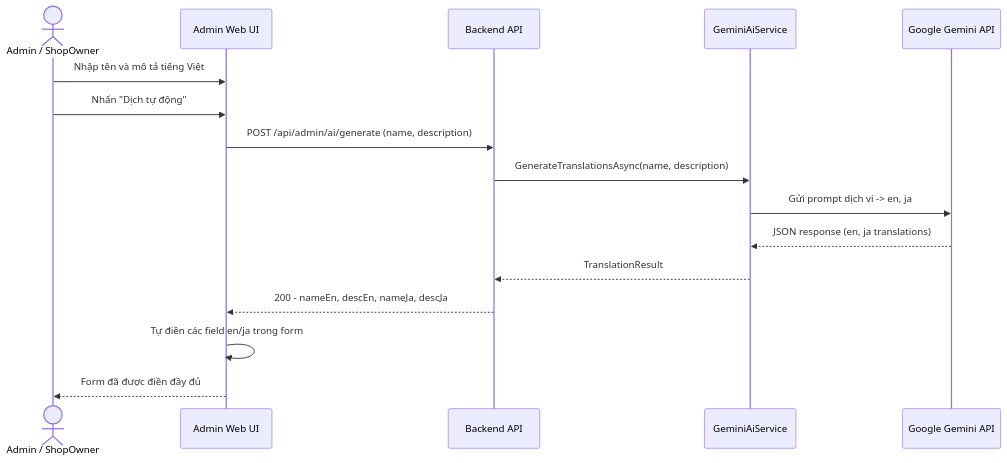
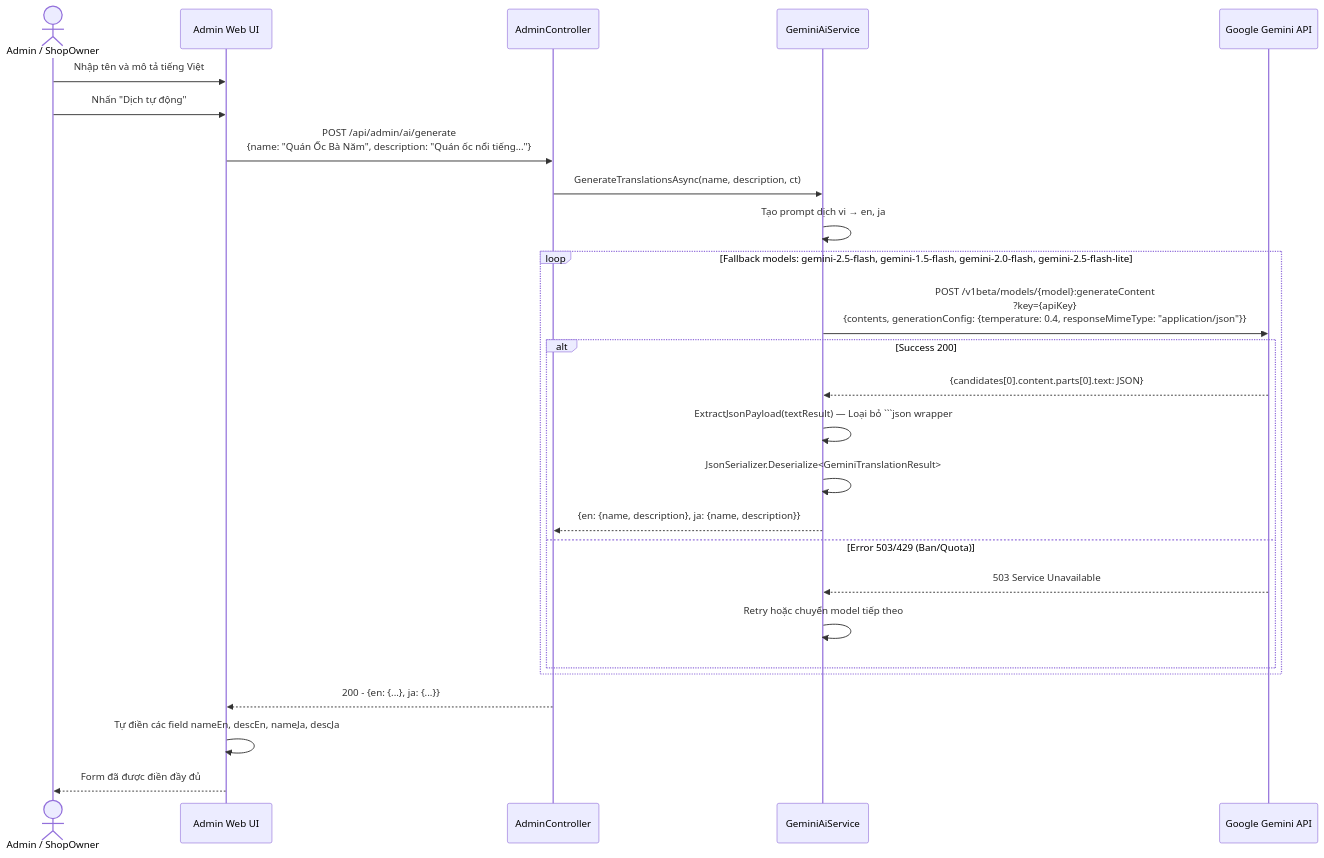
Before and after one commit to phamquyet47204/C-Sharp: the eighth of 17 diagrams in README.md, drawn with Mermaid. The commit also changed other lines of this file, not shown here.

````diff
--- a/README.md
+++ b/README.md
@@ -548,19 +982,29 @@
 ```mermaid
 sequenceDiagram
   actor User as Admin / ShopOwner
   participant UI as Admin Web UI
-  participant API as Backend API
-  participant Gemini as GeminiAiService
+  participant AdminController
+  participant GeminiAiService
   participant GeminiAPI as Google Gemini API
 
   User->>UI: Nhập tên và mô tả tiếng Việt
   User->>UI: Nhấn "Dịch tự động"
-  UI->>API: POST /api/admin/ai/generate (name, description)
-  API->>Gemini: GenerateTranslationsAsync(name, description)
-  Gemini->>GeminiAPI: Gửi prompt dịch vi -> en, ja
-  GeminiAPI-->>Gemini: JSON response (en, ja translations)
-  Gemini-->>API: TranslationResult
-  API-->>UI: 200 - nameEn, descEn, nameJa, descJa
-  UI->>UI: Tự điền các field en/ja trong form
+  UI->>AdminController: POST /api/admin/ai/generate<br/>{name: "Quán Ốc Bà Năm", description: "Quán ốc nổi tiếng..."}
+  AdminController->>GeminiAiService: GenerateTranslationsAsync(name, description, ct)
+  GeminiAiService->>GeminiAiService: Tạo prompt dịch vi → en, ja
+  loop Fallback models: gemini-2.5-flash, gemini-1.5-flash, gemini-2.0-flash, gemini-2.5-flash-lite
+    GeminiAiService->>GeminiAPI: POST /v1beta/models/{model}:generateContent<br/>?key={apiKey}<br/>{contents, generationConfig: {temperature: 0.4, responseMimeType: "application/json"}}
+    alt Success 200
+      GeminiAPI-->>GeminiAiService: {candidates[0].content.parts[0].text: JSON}
+      GeminiAiService->>GeminiAiService: ExtractJsonPayload(textResult) — Loại bỏ ```json wrapper
+      GeminiAiService->>GeminiAiService: JsonSerializer.Deserialize<GeminiTranslationResult>
+      GeminiAiService-->>AdminController: {en: {name, description}, ja: {name, description}}
+    else Error 503/429 (Ban/Quota)
+      GeminiAPI-->>GeminiAiService: 503 Service Unavailable
+      GeminiAiService->>GeminiAiService: Retry hoặc chuyển model tiếp theo
+    end
+  end
+  AdminController-->>UI: 200 - {en: {...}, ja: {...}}
+  UI->>UI: Tự điền các field nameEn, descEn, nameJa, descJa
   UI-->>User: Form đã được điền đầy đủ
 ```
````
